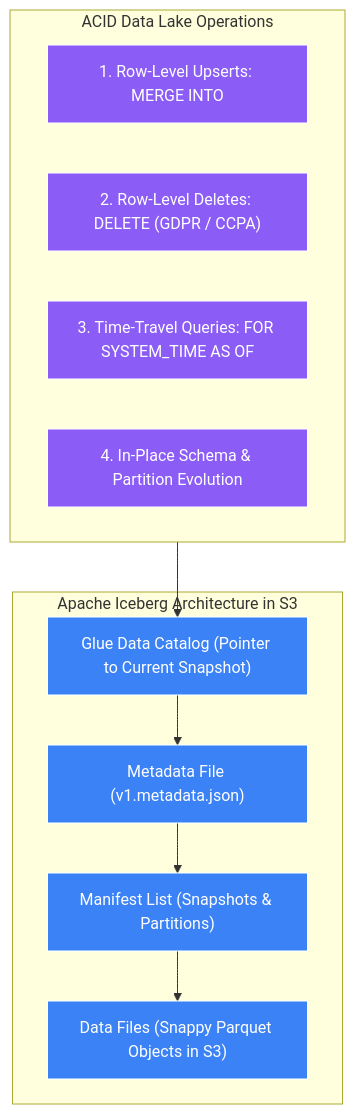
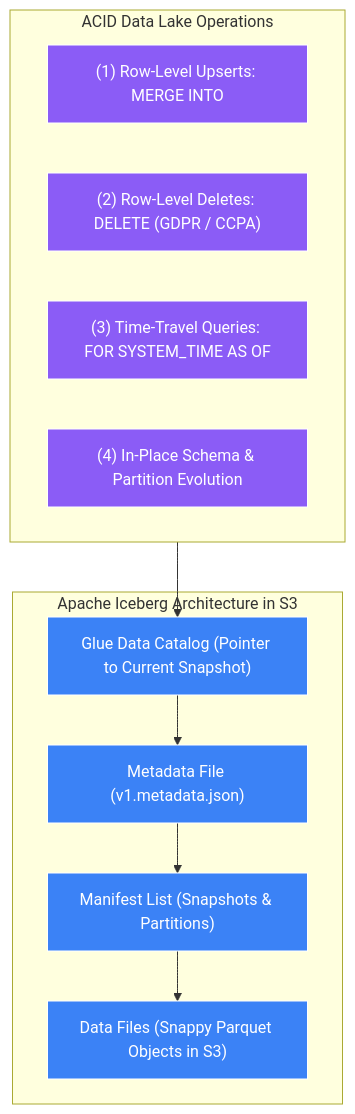
The first of 2 diagrams in content/en/02-services/analytics-streaming/athena/athena-iceberg.md (Wathon/aws-dea-c01-note), drawn with Mermaid before and after one commit. The commit also changed 49 other files, not shown here.

Commit message:
Fix 'Unsupported markdown: list' Mermaid rendering issues across all English and Burmese notes

````diff
--- a/content/en/02-services/analytics-streaming/athena/athena-iceberg.md
+++ b/content/en/02-services/analytics-streaming/athena/athena-iceberg.md
@@ -31,27 +31,27 @@
 ```mermaid
 graph TD
     subgraph DataLakeOperations["ACID Data Lake Operations"]
-        Upsert["1. Row-Level Upserts: MERGE INTO"]
-        GDPR["2. Row-Level Deletes: DELETE (GDPR / CCPA)"]
-        TimeTravel["3. Time-Travel Queries: FOR SYSTEM_TIME AS OF"]
-        SchemaEvol["4. In-Place Schema & Partition Evolution"]
+        Upsert["(1) Row-Level Upserts: MERGE INTO"]
+        GDPR["(2) Row-Level Deletes: DELETE (GDPR / CCPA)"]
+        TimeTravel["(3) Time-Travel Queries: FOR SYSTEM_TIME AS OF"]
+        SchemaEvol["(4) In-Place Schema & Partition Evolution"]
     end
 
     subgraph IcebergMetadata["Apache Iceberg Architecture in S3"]
         CatalogPointer["Glue Data Catalog (Pointer to Current Snapshot)"]
         MetadataJSON["Metadata File (v1.metadata.json)"]
         ManifestList["Manifest List (Snapshots & Partitions)"]
         DataFiles["Data Files (Snappy Parquet Objects in S3)"]
     end
 
     DataLakeOperations --> CatalogPointer
     CatalogPointer --> MetadataJSON
     MetadataJSON --> ManifestList
     ManifestList --> DataFiles
 
     classDef op fill:#8b5cf6,stroke:#fff,stroke-width:1px,color:#fff;
     classDef ice fill:#3b82f6,stroke:#fff,stroke-width:1px,color:#fff;
 
     class Upsert,GDPR,TimeTravel,SchemaEvol op;
     class CatalogPointer,MetadataJSON,ManifestList,DataFiles ice;
 ```
````
